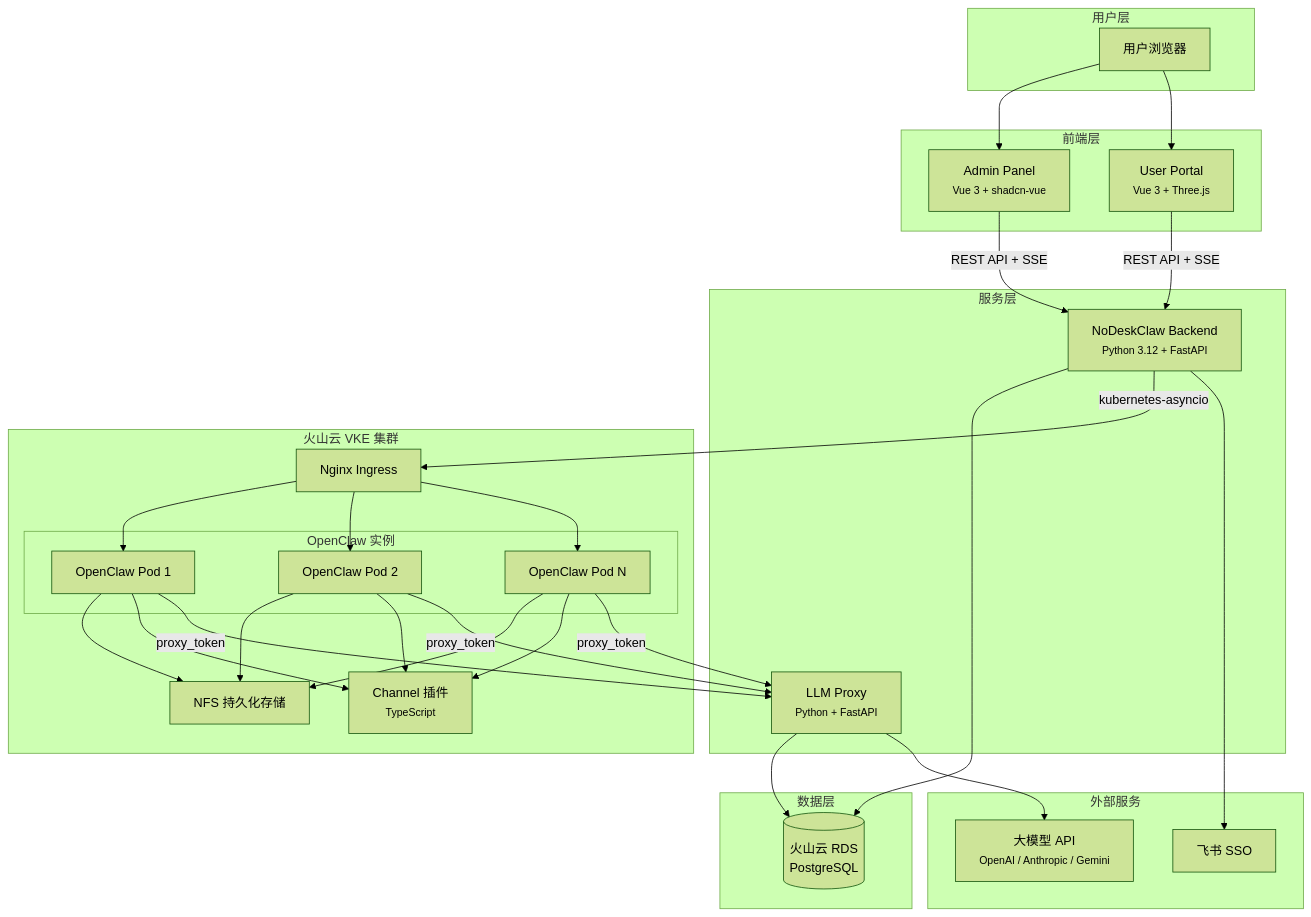
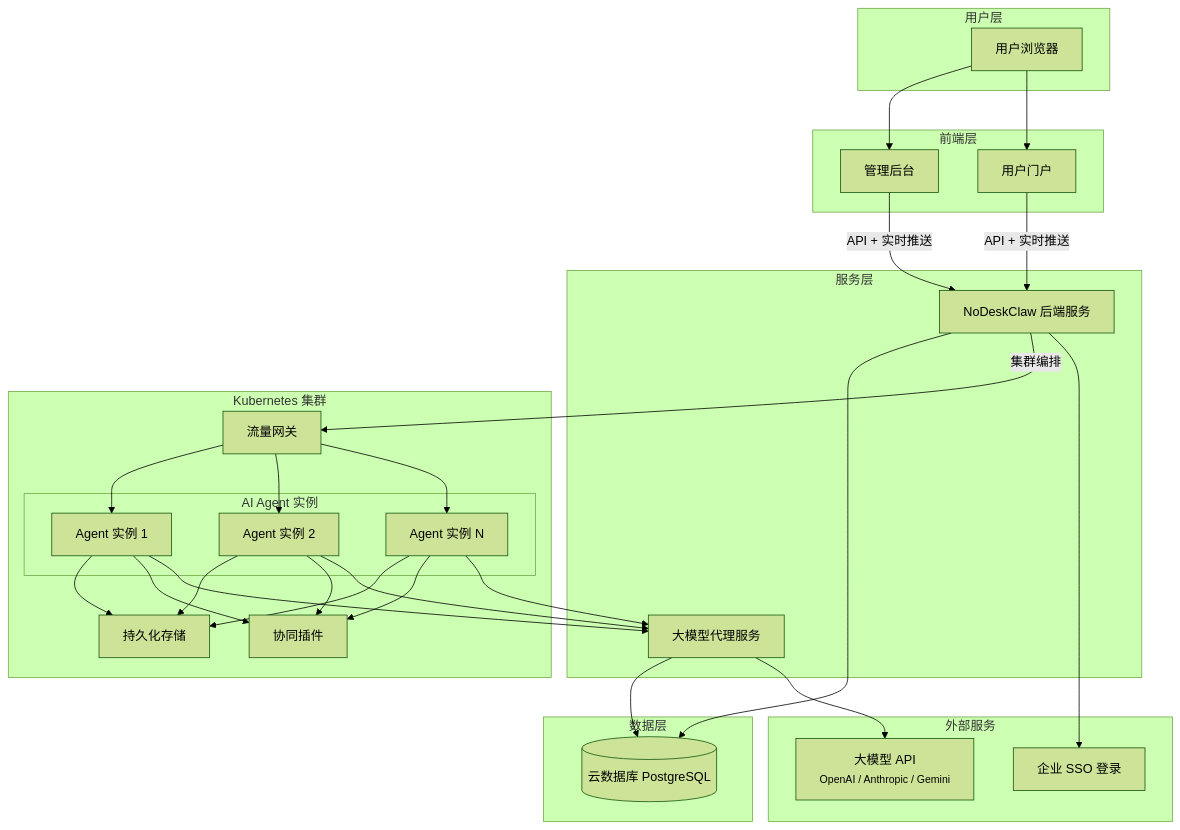
The second of 4 diagrams in docs/项目介绍文档.md (NoDeskAI/nodeskclaw), drawn with Mermaid (forest theme) before and after one commit. The commit also changed other lines of this file, not shown here.

````diff
--- a/docs/项目介绍文档.md
+++ b/docs/项目介绍文档.md
@@ -70,50 +91,48 @@
 ```mermaid
 graph TB
     subgraph 用户层
         Browser["用户浏览器"]
     end
 
     subgraph 前端层
-        Admin["Admin Panel<br/><small>Vue 3 + shadcn-vue</small>"]
-        Portal["User Portal<br/><small>Vue 3 + Three.js</small>"]
+        Admin["管理后台"]
+        Portal["用户门户"]
     end
 
     subgraph 服务层
-        Backend["NoDeskClaw Backend<br/><small>Python 3.12 + FastAPI</small>"]
-        LLMProxy["LLM Proxy<br/><small>Python + FastAPI</small>"]
+        Backend["NoDeskClaw 后端服务"]
+        LLMProxy["大模型代理服务"]
     end
 
     subgraph 数据层
-        DB[("火山云 RDS<br/>PostgreSQL")]
+        DB[("云数据库 PostgreSQL")]
     end
 
-    subgraph 火山云 VKE 集群
-        subgraph OpenClaw 实例
-            OC1["OpenClaw Pod 1"]
-            OC2["OpenClaw Pod 2"]
-            OCn["OpenClaw Pod N"]
+    subgraph "Kubernetes 集群"
+        subgraph "AI Agent 实例"
+            OC1["Agent 实例 1"]
+            OC2["Agent 实例 2"]
+            OCn["Agent 实例 N"]
         end
-        Ingress["Nginx Ingress"]
-        NFS["NFS 持久化存储"]
-        Channel["Channel 插件<br/><small>TypeScript</small>"]
+        Ingress["流量网关"]
+        Storage["持久化存储"]
+        Channel["协同插件"]
     end
 
     subgraph 外部服务
-        Feishu["飞书 SSO"]
+        SSO["企业 SSO 登录"]
         LLM["大模型 API<br/><small>OpenAI / Anthropic / Gemini</small>"]
     end
 
-    Browser --> Admin
-    Browser --> Portal
-    Admin -->|REST API + SSE| Backend
-    Portal -->|REST API + SSE| Backend
+    Browser --> Admin & Portal
+    Admin & Portal -->|API + 实时推送| Backend
     Backend --> DB
-    Backend -->|kubernetes-asyncio| Ingress
+    Backend -->|集群编排| Ingress
     Ingress --> OC1 & OC2 & OCn
-    OC1 & OC2 & OCn --> NFS
+    OC1 & OC2 & OCn --> Storage
     OC1 & OC2 & OCn --> Channel
-    OC1 & OC2 & OCn -->|proxy_token| LLMProxy
+    OC1 & OC2 & OCn --> LLMProxy
     LLMProxy --> DB
     LLMProxy --> LLM
-    Backend --> Feishu
+    Backend --> SSO
 ```
````
